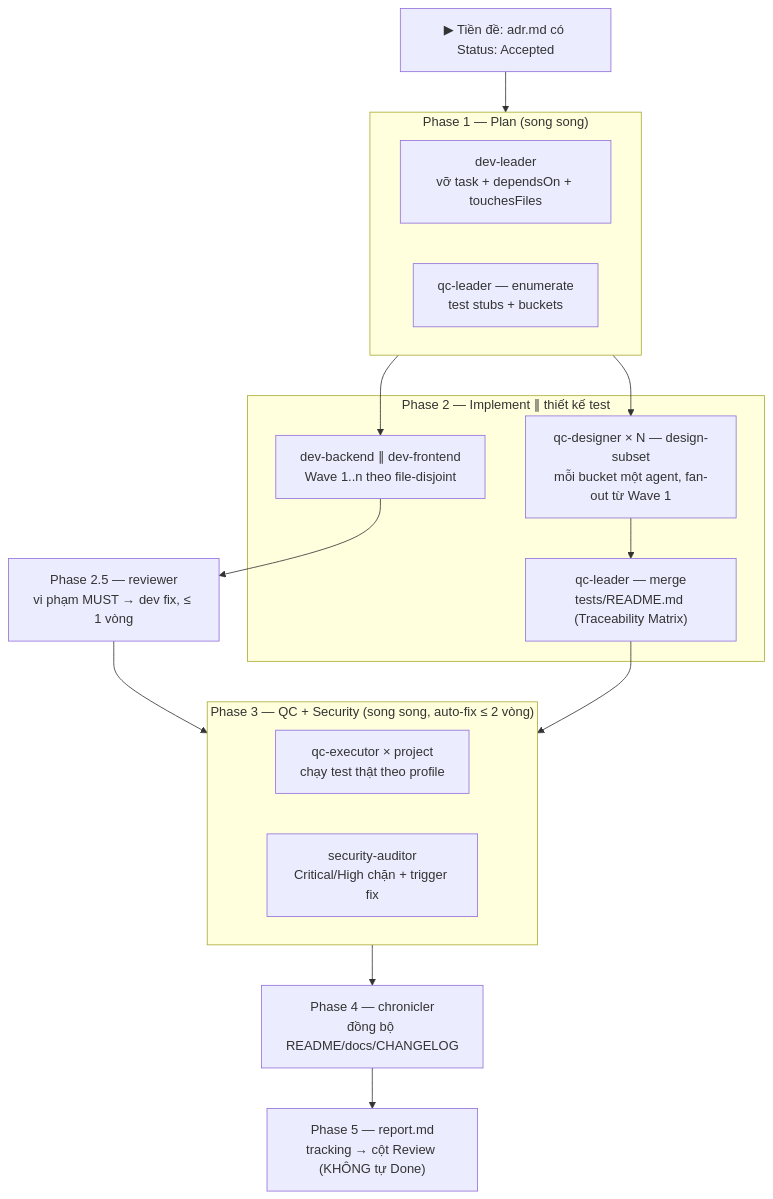
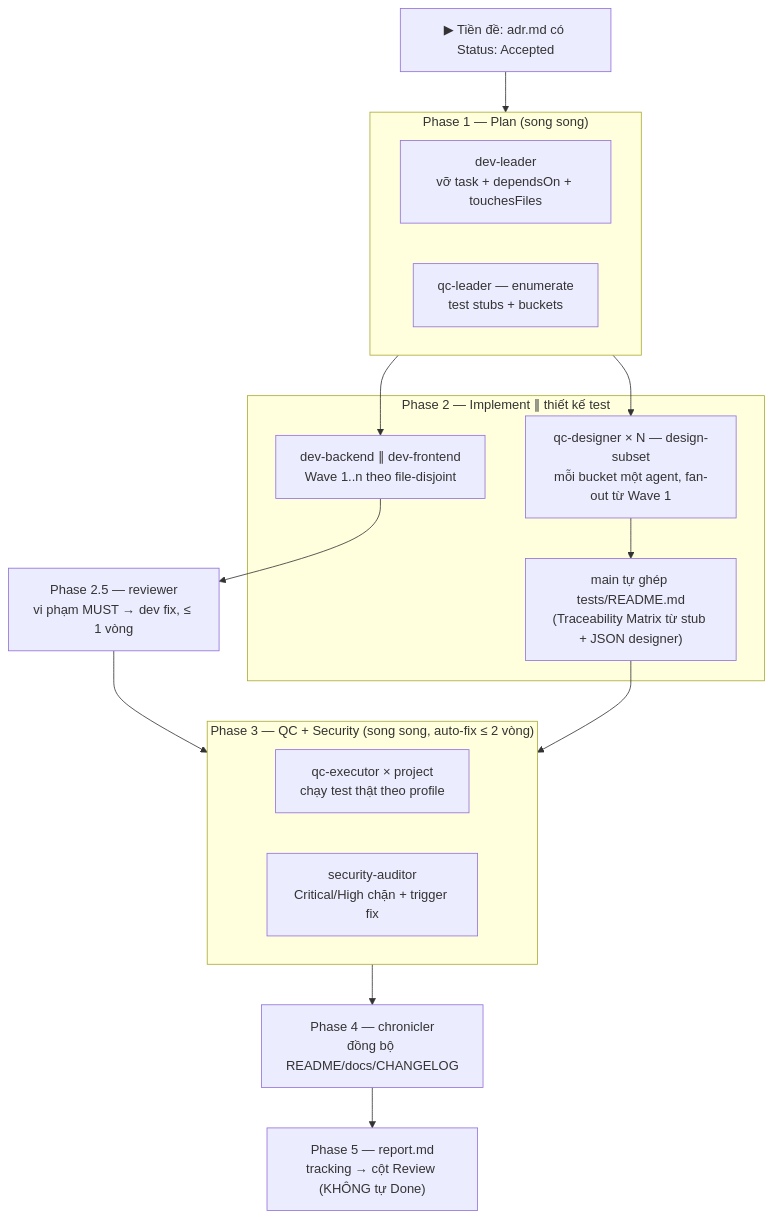
The second of 2 diagrams in README.md (minhhv08/msdlc), drawn with Mermaid before and after one commit. The commit also changed other lines of this file and 8 other files, not shown here.

Commit message:
(perf): bỏ lượt qc-leader merge — main tự ghép tests/README.md từ stub + JSON qc-designer (designed/gaps); bump 0.15.0

````diff
--- a/README.md
+++ b/README.md
@@ -176,27 +176,27 @@
 ```mermaid
 flowchart TB
     A["▶ Tiền đề: adr.md có Status: Accepted"] --> P1
     subgraph P1["Phase 1 — Plan (song song)"]
         direction LR
         DL["dev-leader<br/>vỡ task + dependsOn + touchesFiles"]
         QL1["qc-leader — enumerate<br/>test stubs + buckets"]
     end
     subgraph P2["Phase 2 — Implement ∥ thiết kế test"]
         W["dev-backend ∥ dev-frontend<br/>Wave 1..n theo file-disjoint"]
         QD["qc-designer × N — design-subset<br/>mỗi bucket một agent, fan-out từ Wave 1"]
-        QL2["qc-leader — merge<br/>tests/README.md (Traceability Matrix)"]
+        QL2["main tự ghép tests/README.md<br/>(Traceability Matrix từ stub + JSON designer)"]
         QD --> QL2
     end
     DL --> W
     QL1 --> QD
     W --> R["Phase 2.5 — reviewer<br/>vi phạm MUST → dev fix, ≤ 1 vòng"]
     subgraph P3["Phase 3 — QC + Security (song song, auto-fix ≤ 2 vòng)"]
         direction LR
         QE["qc-executor × project<br/>chạy test thật theo profile"]
         SA["security-auditor<br/>Critical/High chặn + trigger fix"]
     end
     R --> P3
     QL2 --> P3
     P3 --> C["Phase 4 — chronicler<br/>đồng bộ README/docs/CHANGELOG"]
     C --> REP["Phase 5 — report.md<br/>tracking → cột Review (KHÔNG tự Done)"]
 ```
````
